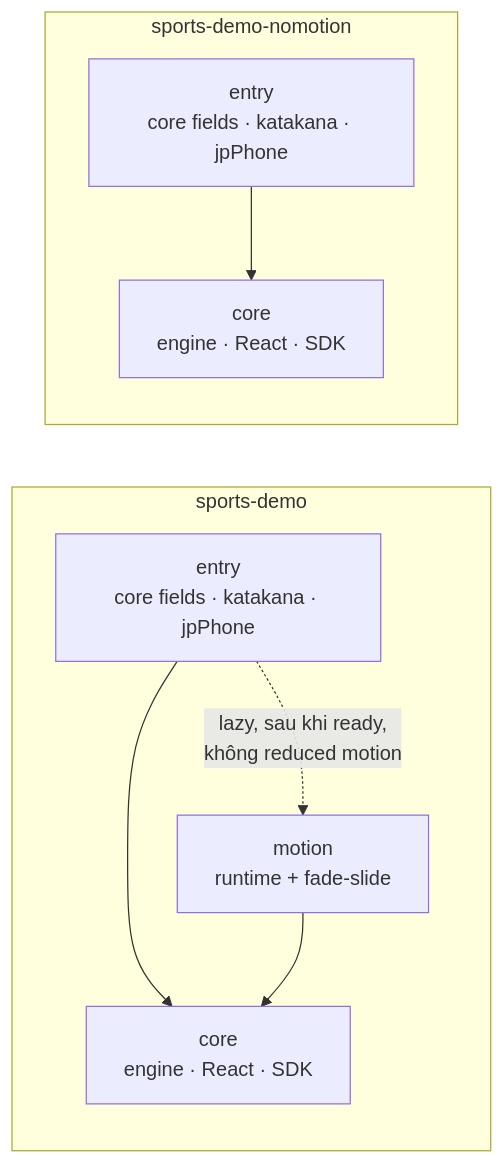
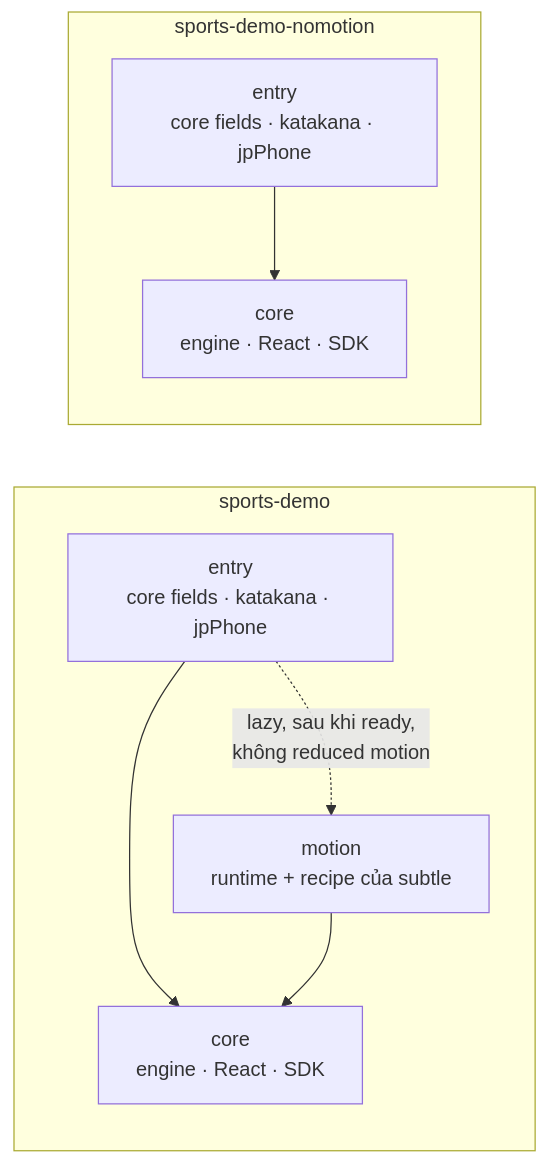
One commit to holong10920/forms_master changed the fifth of 7 diagrams in docs/superpowers/specs/2026-10-24-compiler-bundle-release-design.md. Above: the diagram before and after it, drawn with Mermaid. The commit also changed other lines of this file and 12 other files, not shown here.

````diff
--- a/docs/superpowers/specs/2026-10-24-compiler-bundle-release-design.md
+++ b/docs/superpowers/specs/2026-10-24-compiler-bundle-release-design.md
@@ -315,11 +316,11 @@
 ```mermaid
 flowchart LR
   subgraph SP["sports-demo"]
     E1["entry<br/>core fields · katakana · jpPhone"] --> C1["core<br/>engine · React · SDK"]
-    E1 -.->|"lazy, sau khi ready,<br/>không reduced motion"| M1["motion<br/>runtime + fade-slide"]
+    E1 -.->|"lazy, sau khi ready,<br/>không reduced motion"| M1["motion<br/>runtime + recipe của subtle"]
     M1 --> C1
   end
   subgraph SN["sports-demo-nomotion"]
     E2["entry<br/>core fields · katakana · jpPhone"] --> C2["core<br/>engine · React · SDK"]
   end
 ```
````
